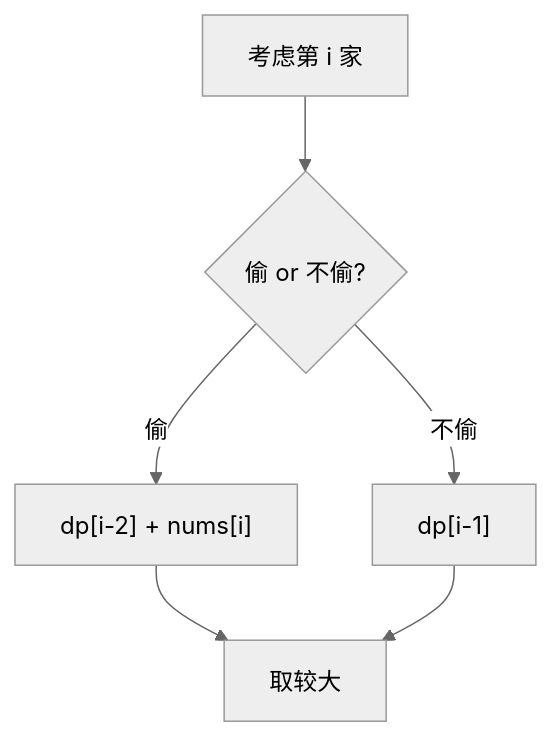
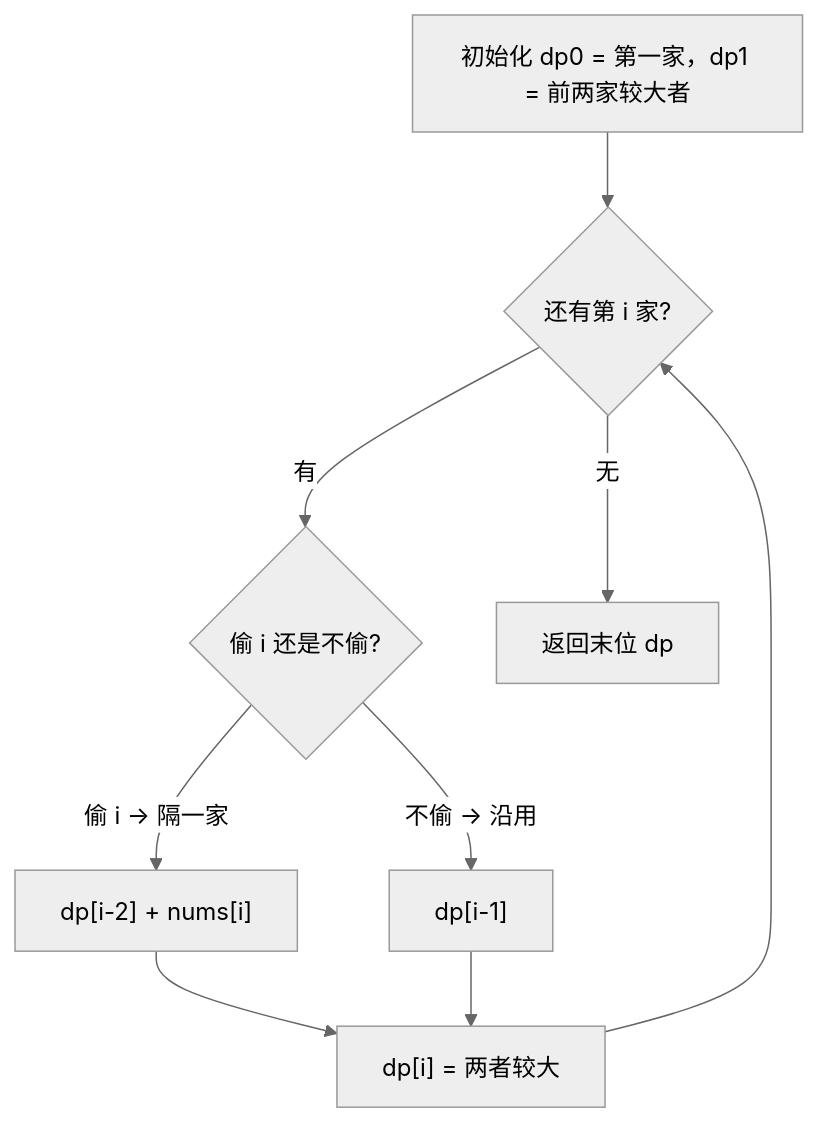
The first of 2 diagrams in 16-动态规划/0198-打家劫舍.md (OctalZero/hot100-py), drawn with Mermaid (neutral theme) before and after one commit. The commit also changed other lines of this file and 117 other files, not shown here.

First line of the commit message:
feat: 全题解配图升级为「动画式 mermaid」（总览骨架 + 横向时间线逐步推演）

````diff
--- a/16-动态规划/0198-打家劫舍.md
+++ b/16-动态规划/0198-打家劫舍.md
@@ -20,8 +20,11 @@
 ```mermaid
 flowchart TD
-    A["考虑第 i 家"] --> B{"偷 or 不偷?"}
-    B -- "偷" --> C["dp[i-2] + nums[i]"]
-    B -- "不偷" --> D["dp[i-1]"]
-    C --> E["取较大"]
-    D --> E
+    A["初始化 dp0 = 第一家，dp1 = 前两家较大者"] --> B{"还有第 i 家?"}
+    B -->|"有"| C{"偷 i 还是不偷?"}
+    C -->|"偷 i → 隔一家"| D["dp[i-2] + nums[i]"]
+    C -->|"不偷 → 沿用"| E["dp[i-1]"]
+    D --> F["dp[i] = 两者较大"]
+    E --> F
+    F --> B
+    B -->|"无"| G["返回末位 dp"]
 ```
````
